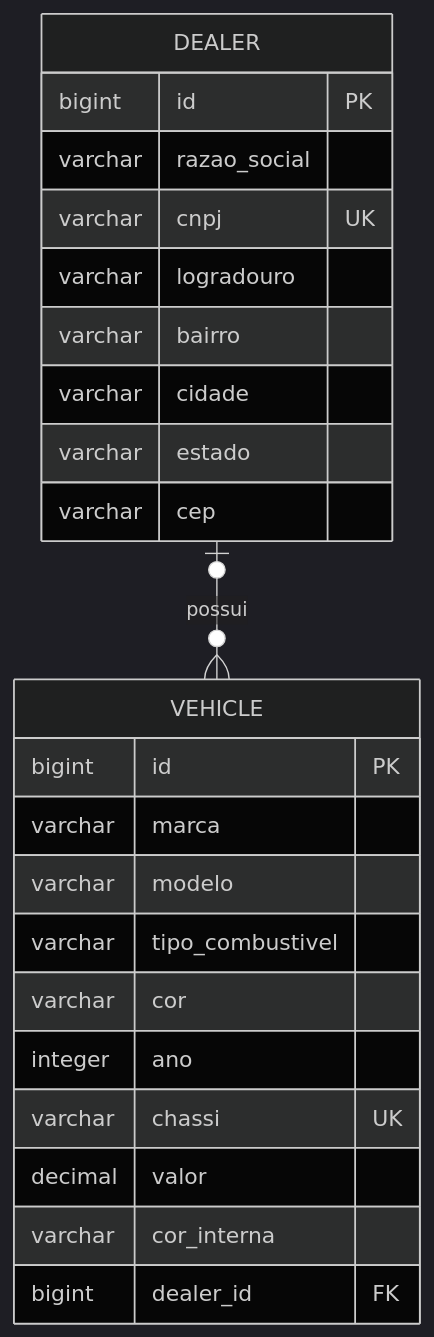
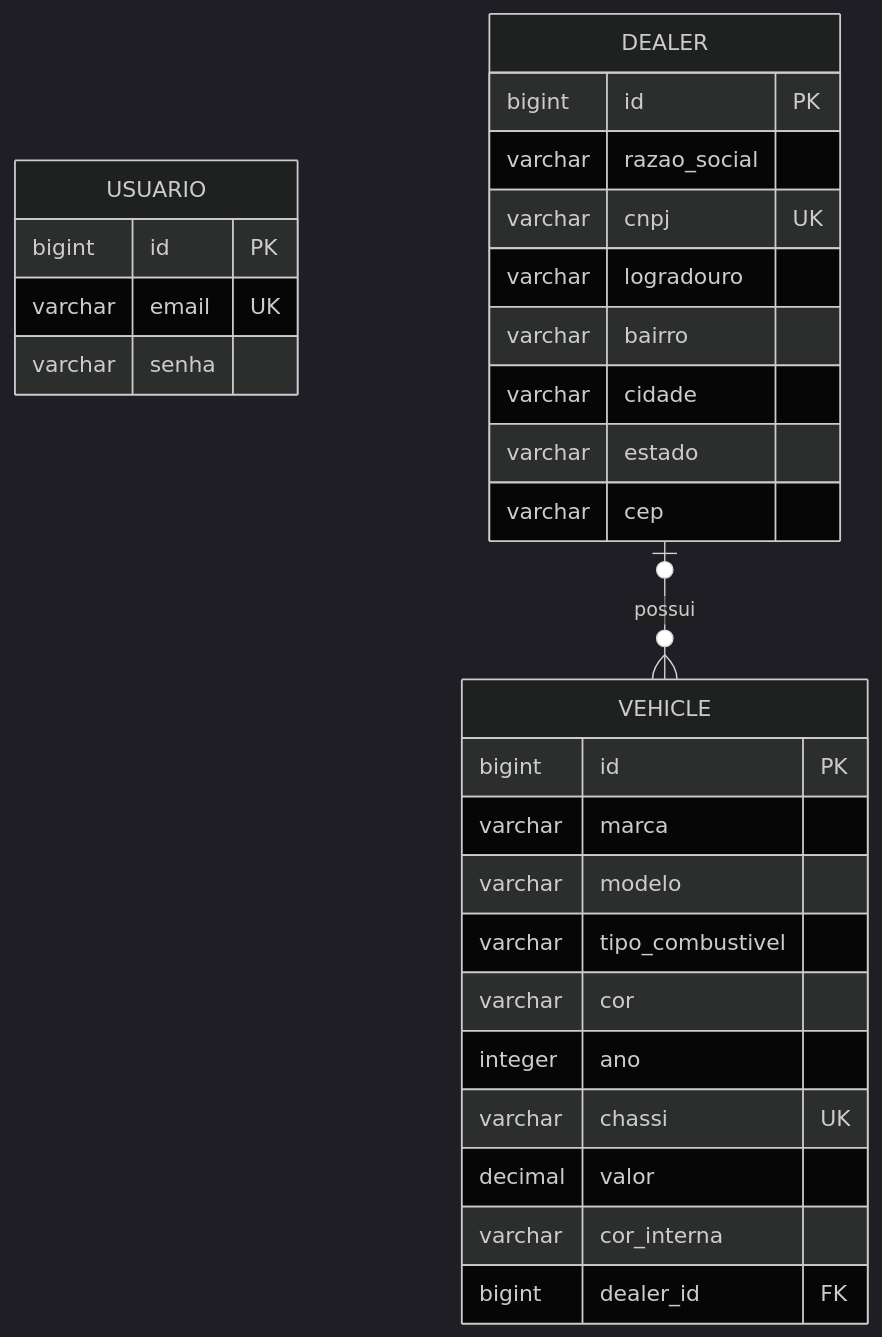
The second of 2 diagrams in README.md (djhonatah/ConnectAuto), drawn with Mermaid (dark theme) before and after one commit. The commit also changed other lines of this file, not shown here.

````diff
--- a/README.md
+++ b/README.md
@@ -135,26 +167,31 @@
 ```mermaid
 erDiagram
+    USUARIO {
+        bigint id PK
+        varchar email UK
+        varchar senha
+    }
     DEALER {
         bigint id PK
         varchar razao_social
         varchar cnpj UK
         varchar logradouro
         varchar bairro
         varchar cidade
         varchar estado
         varchar cep
     }
     VEHICLE {
         bigint id PK
         varchar marca
         varchar modelo
         varchar tipo_combustivel
         varchar cor
         integer ano
         varchar chassi UK
         decimal valor
         varchar cor_interna
         bigint dealer_id FK
     }
     DEALER |o--o{ VEHICLE : "possui"
 ```
````
